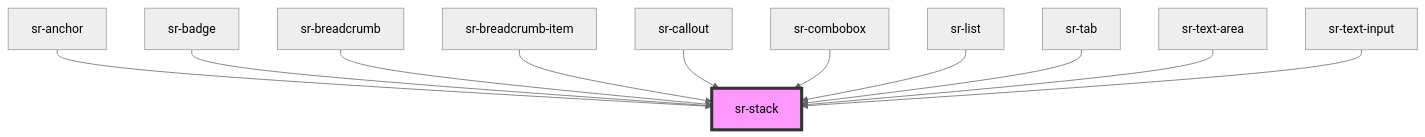
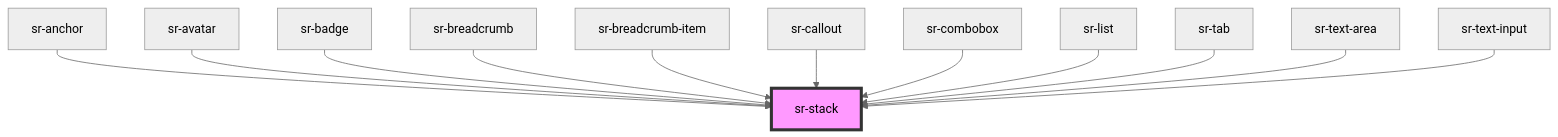
Before and after one commit to tonyblu331/spotify-replay-design-system: the diagram in src/components/layouts/sr-stack/readme.md, drawn with Mermaid (neutral theme). The commit also changed other lines of this file and 11 other files, not shown here.

````diff
--- a/src/components/layouts/sr-stack/readme.md
+++ b/src/components/layouts/sr-stack/readme.md
@@ -37,14 +38,15 @@
 ```mermaid
 graph TD;
   sr-anchor --> sr-stack
+  sr-avatar --> sr-stack
   sr-badge --> sr-stack
   sr-breadcrumb --> sr-stack
   sr-breadcrumb-item --> sr-stack
   sr-callout --> sr-stack
   sr-combobox --> sr-stack
   sr-list --> sr-stack
   sr-tab --> sr-stack
   sr-text-area --> sr-stack
   sr-text-input --> sr-stack
   style sr-stack fill:#f9f,stroke:#333,stroke-width:4px
 ```
````
